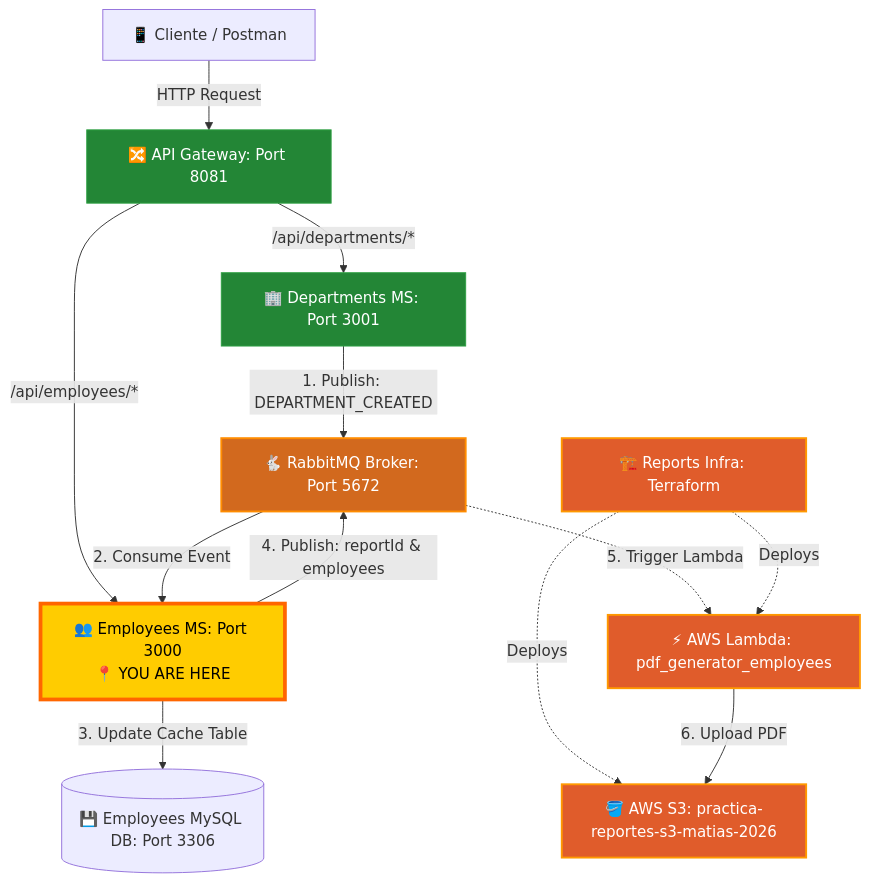
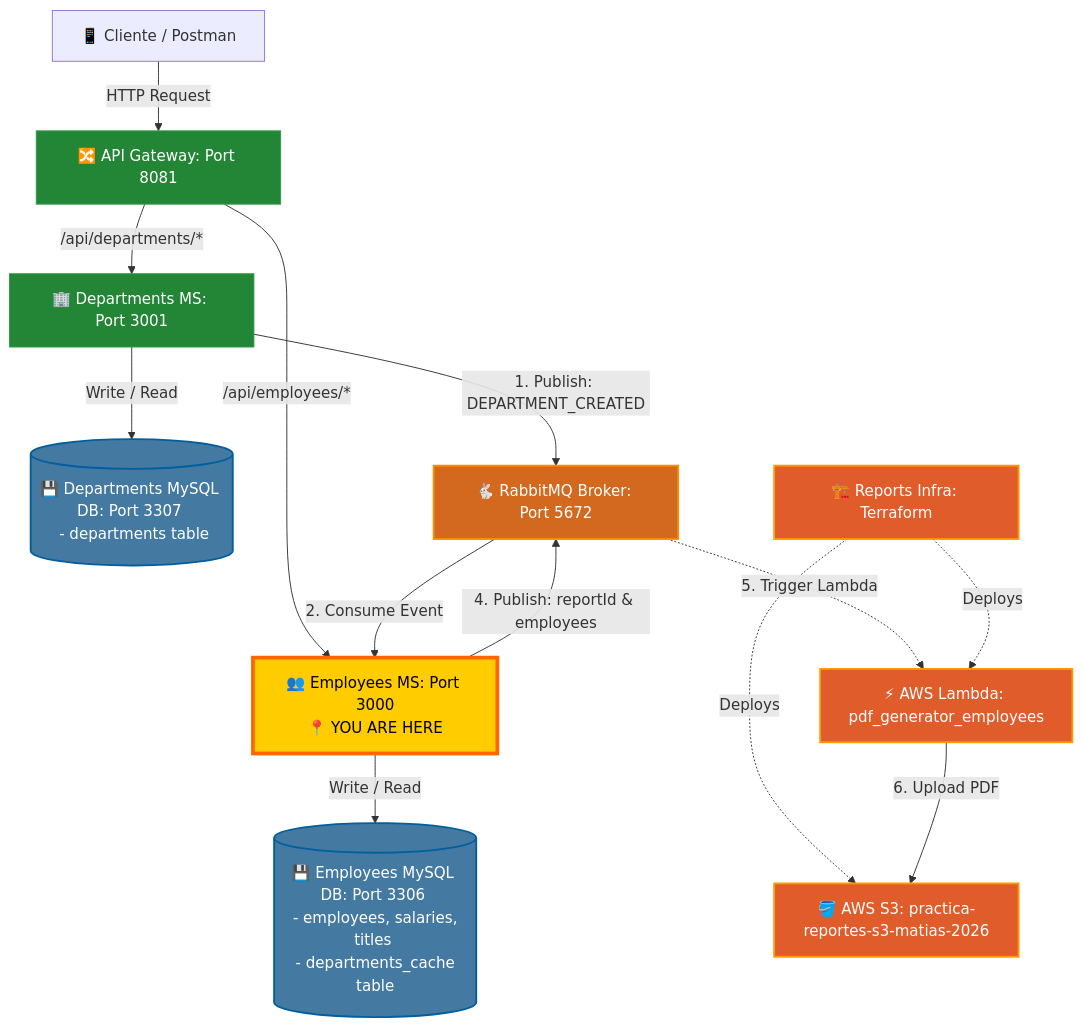
One commit to MNATorres/employees_ms changed the diagram in README.md. Above: the diagram before and after it, drawn with Mermaid. The commit also changed other lines of this file, not shown here.

Commit message:
docs: update architecture diagram with databases and fix employees_ms URL

````diff
--- a/README.md
+++ b/README.md
@@ -43,33 +43,38 @@
 ```mermaid
 graph TD
     Client[📱 Cliente / Postman] -->|HTTP Request| GW[🔀 API Gateway: Port 8081]
     
     %% Proxies
     GW -->|/api/departments/*| MS_Dept[🏢 Departments MS: Port 3001]
     GW -->|/api/employees/*| MS_Emp["👥 Employees MS: Port 3000<br>📍 YOU ARE HERE"]
     
+    %% Databases locales
+    MS_Dept -->|Write / Read| DB_Dept[(💾 Departments MySQL DB: Port 3307 <br> - departments table)]
+    MS_Emp -->|Write / Read| DB_Emp[(💾 Employees MySQL DB: Port 3306 <br> - employees, salaries, titles <br> - departments_cache table)]
+    
     %% Pub/Sub
     MS_Dept -->|1. Publish: DEPARTMENT_CREATED| RMQ[🐇 RabbitMQ Broker: Port 5672]
     RMQ -->|2. Consume Event| MS_Emp
-    MS_Emp -->|3. Update Cache Table| DB_Emp[(💾 Employees MySQL DB: Port 3306)]
     
     %% Reportes
     MS_Emp -->|4. Publish: reportId & employees| RMQ
     RMQ -.->|5. Trigger Lambda| Lambda[⚡ AWS Lambda: pdf_generator_employees]
     
     %% AWS Infra
     Infra[🏗️ Reports Infra: Terraform] -.->|Deploys| Lambda
     Infra -.->|Deploys| S3[🪣 AWS S3: practica-reportes-s3-matias-2026]
     Lambda -->|6. Upload PDF| S3
 
     classDef current fill:#ffcc00,stroke:#ff6600,stroke-width:4px,color:#000000;
     classDef gateway fill:#1f6feb,stroke:#58a6ff,stroke-width:2px,color:#ffffff;
     classDef service fill:#238636,stroke:#2ea043,stroke-width:1px,color:#ffffff;
+    classDef database fill:#4479A1,stroke:#005F9E,stroke-width:2px,color:#ffffff;
     classDef broker fill:#d2691e,stroke:#ff8c00,stroke-width:2px,color:#ffffff;
     classDef aws fill:#e05c2b,stroke:#ff9900,stroke-width:2px,color:#ffffff;
     
     class MS_Emp current;
     class GW,MS_Dept service;
+    class DB_Dept,DB_Emp database;
     class RMQ broker;
     class Lambda,S3,Infra aws;
 ```
````
